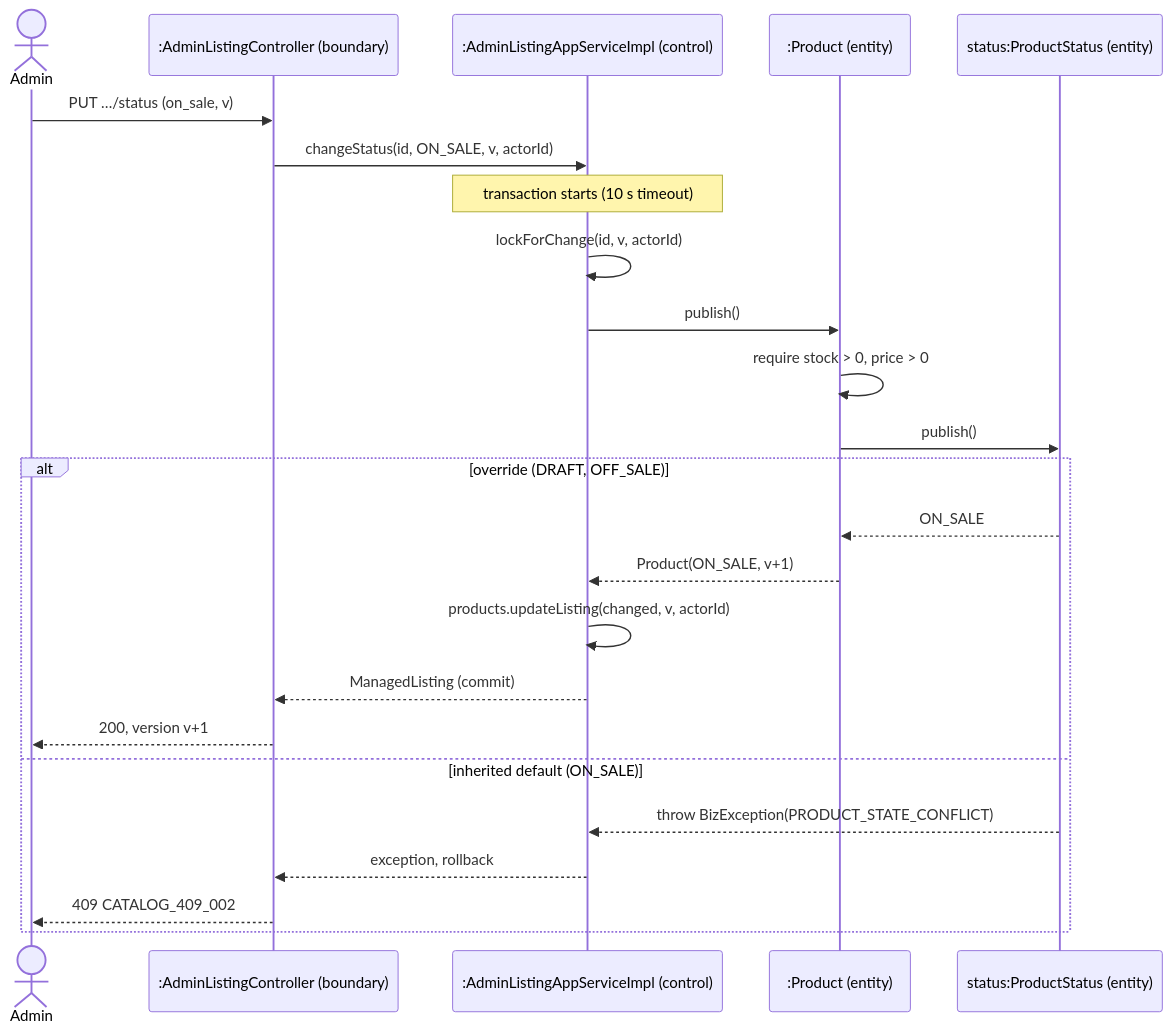
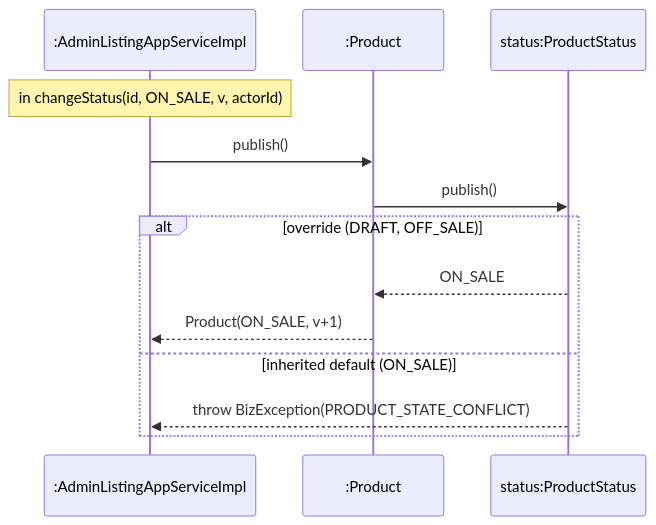
One commit to PPsyrius/iss-groupbuy-team8 changed the fifth of 6 diagrams in docs/swe5006/report/sections/03-5-5-liu-jin.md. Above: the diagram before and after it, drawn with Mermaid. The commit also changed other lines of this file, not shown here.

````diff
--- a/docs/swe5006/report/sections/03-5-5-liu-jin.md
+++ b/docs/swe5006/report/sections/03-5-5-liu-jin.md
@@ -220,26 +220,15 @@
 ```mermaid
 sequenceDiagram
-  actor Admin
-  participant C as :AdminListingController (boundary)
-  participant A as :AdminListingAppServiceImpl (control)
-  participant P as :Product (entity)
-  participant S as status:ProductStatus (entity)
-  Admin->>C: PUT …/status (on_sale, v)
-  C->>A: changeStatus(id, ON_SALE, v, actorId)
-  Note over A: transaction starts (10 s timeout)
-  A->>A: lockForChange(id, v, actorId)
+  participant A as :AdminListingAppServiceImpl
+  participant P as :Product
+  participant S as status:ProductStatus
+  Note over A: in changeStatus(id, ON_SALE, v, actorId)
   A->>P: publish()
-  P->>P: require stock > 0, price > 0
   P->>S: publish()
   alt override (DRAFT, OFF_SALE)
     S-->>P: ON_SALE
     P-->>A: Product(ON_SALE, v+1)
-    A->>A: products.updateListing(changed, v, actorId)
-    A-->>C: ManagedListing (commit)
-    C-->>Admin: 200, version v+1
   else inherited default (ON_SALE)
     S-->>A: throw BizException(PRODUCT_STATE_CONFLICT)
-    A-->>C: exception, rollback
-    C-->>Admin: 409 CATALOG_409_002
   end
 ```
````
